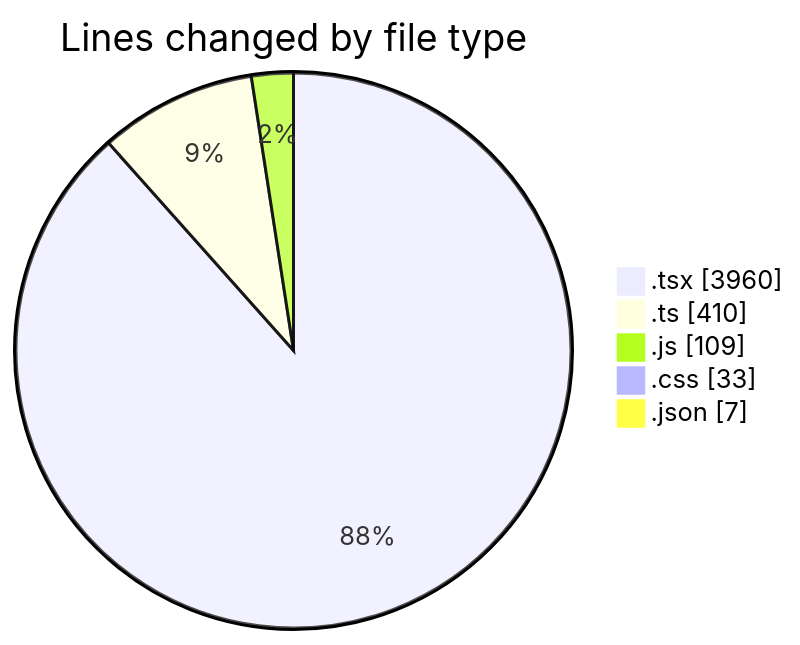
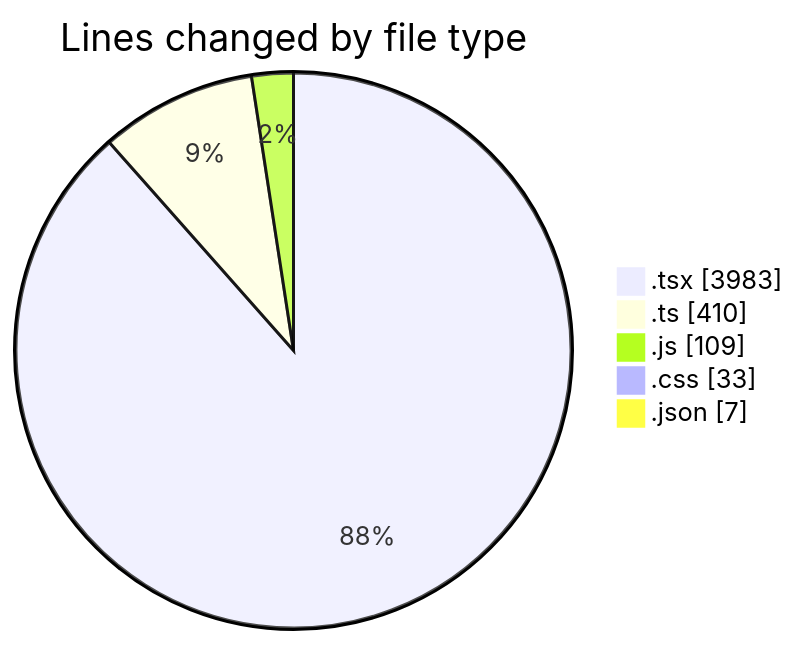
The first of 2 diagrams in 2025-01-17/mbc-web/README.md (robertbonfada/code-tracking), drawn with Mermaid before and after one commit. The commit also changed other lines of this file and 1 other file, not shown here.

````diff
--- a/2025-01-17/mbc-web/README.md
+++ b/2025-01-17/mbc-web/README.md
@@ -40,9 +40,9 @@
 ```mermaid
 pie showData
 title Lines changed by file type
-".tsx" : 3960
+".tsx" : 3983
 ".ts" : 410
 ".js" : 109
 ".css" : 33
 ".json" : 7
 ```
````
